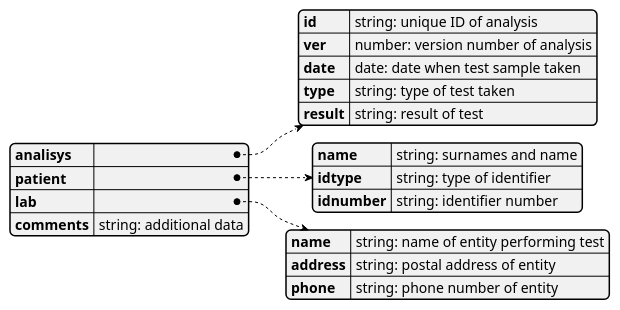
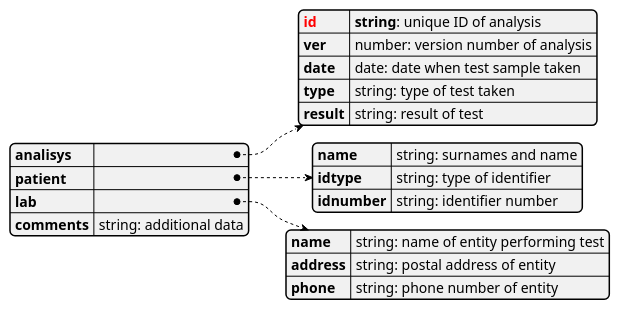
One commit to kemalbehram/SafeIsland changed the second of 3 diagrams in images/SafeIsland_VCSample.puml. Above: the diagram before and after it, drawn with PlantUML. The commit also changed 3 other files, not shown here.

```diff
--- a/images/SafeIsland_VCSample.puml
+++ b/images/SafeIsland_VCSample.puml
@@ -35,22 +35,22 @@
 @startjson SafeIsland_VCDataModel
 {
       "analisys": {
-            "id": "string: unique ID of analysis",
+            "<color:red>id": "<b>string</b>: unique ID of analysis",
             "ver": "number: version number of analysis",
             "date": "date: date when test sample taken",
             "type": "string: type of test taken",
             "result": "string: result of test"
       },
       "patient": {
             "name": "string: surnames and name",
             "idtype": "string: type of identifier",
             "idnumber": "string: identifier number"
       },
       "lab": {
             "name": "string: name of entity performing test",
             "address": "string: postal address of entity",
             "phone": "string: phone number of entity"
       },
       "comments": "string: additional data"
 }
 @endjson
```
